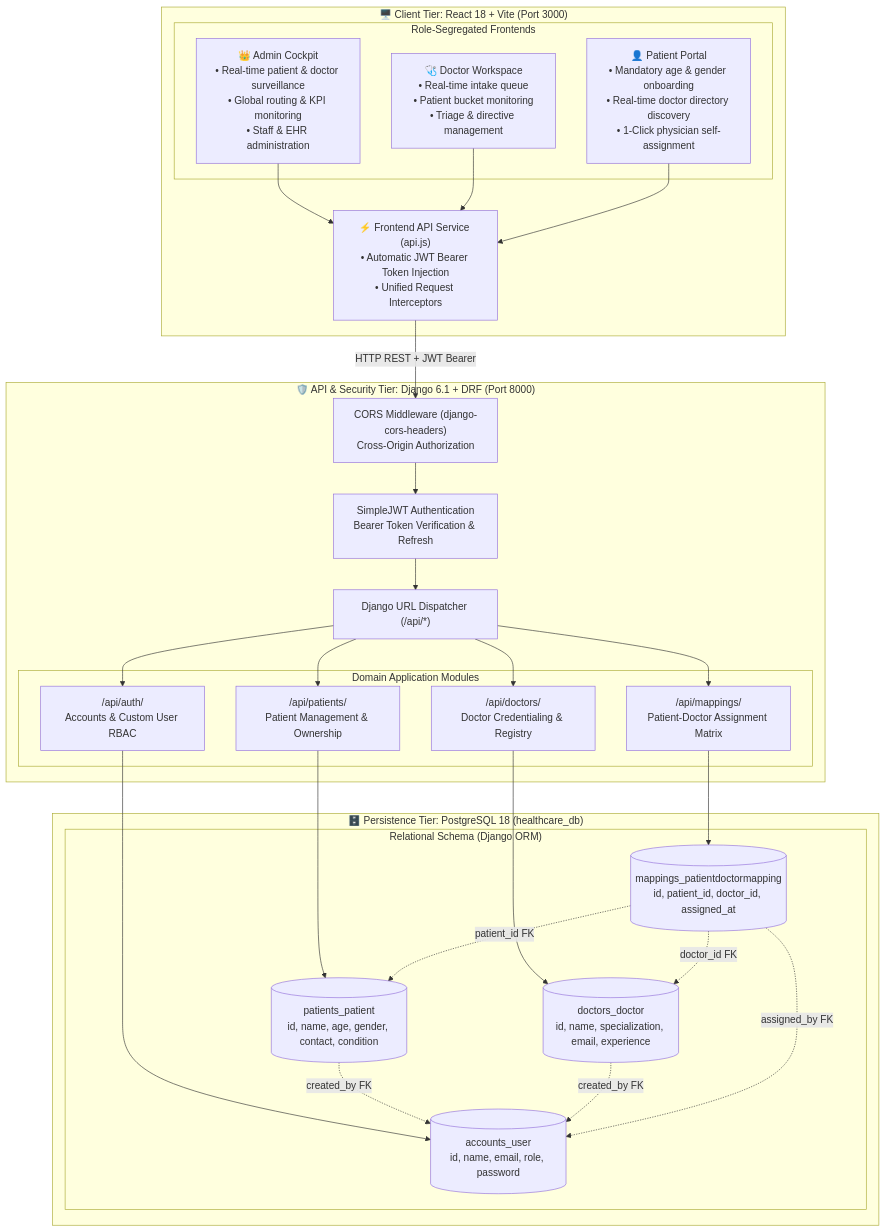
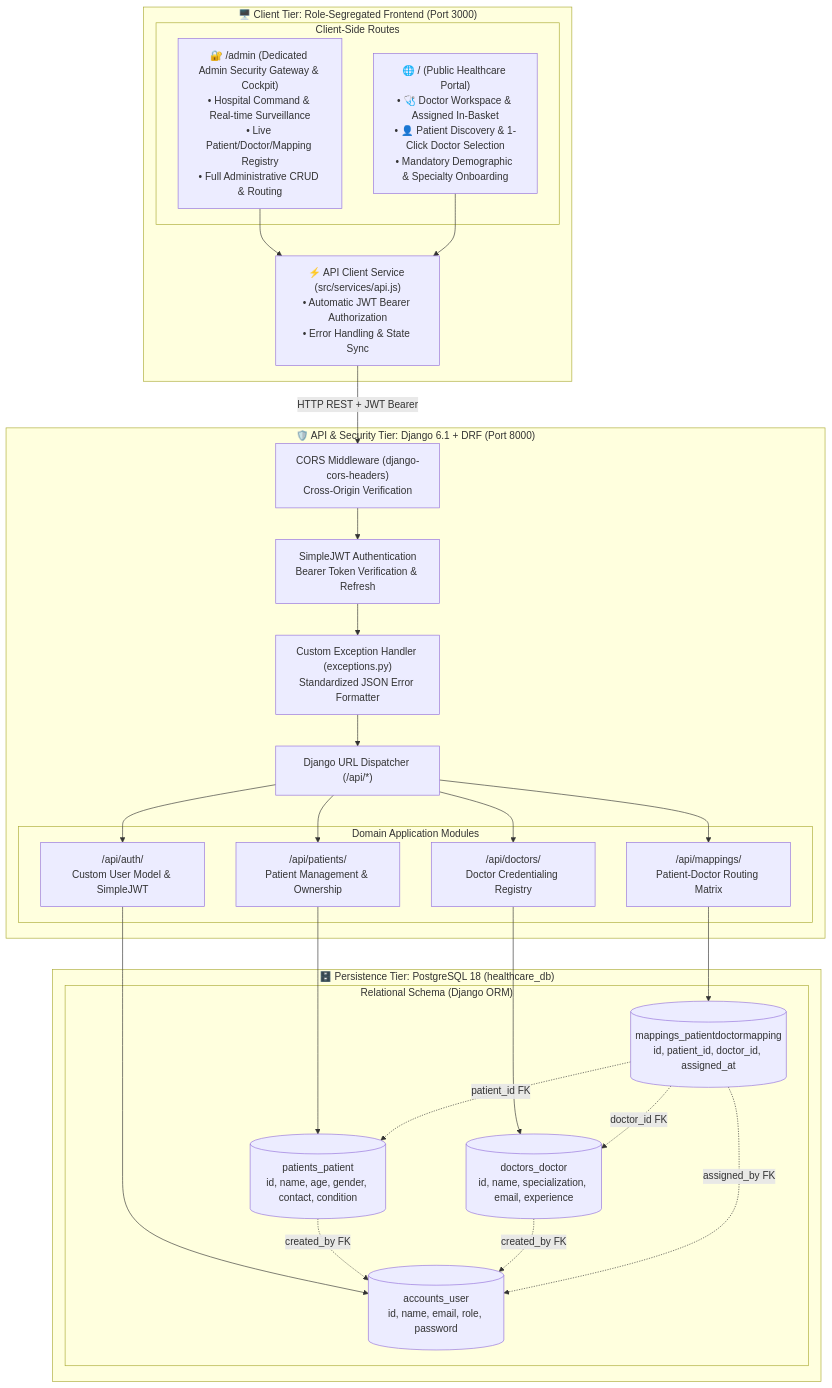
Before and after one commit to Arsh123344423/WhatsByte: the first of 2 diagrams in README.md, drawn with Mermaid. The commit also changed other lines of this file, not shown here.

Commit message:
docs: align README with official assignment specification, API requirements, and architecture diagrams

````diff
--- a/README.md
+++ b/README.md
@@ -9,55 +36,54 @@
 ```mermaid
 flowchart TD
-    subgraph ClientTier ["🖥️ Client Tier: React 18 + Vite (Port 3000)"]
-        subgraph Roles ["Role-Segregated Frontends"]
-            AdminUI["👑 Admin Cockpit<br/>• Real-time patient & doctor surveillance<br/>• Global routing & KPI monitoring<br/>• Staff & EHR administration"]
-            DoctorUI["🩺 Doctor Workspace<br/>• Real-time intake queue<br/>• Patient bucket monitoring<br/>• Triage & directive management"]
-            PatientUI["👤 Patient Portal<br/>• Mandatory age & gender onboarding<br/>• Real-time doctor directory discovery<br/>• 1-Click physician self-assignment"]
+    subgraph ClientTier ["🖥️ Client Tier: Role-Segregated Frontend (Port 3000)"]
+        subgraph Routes ["Client-Side Routes"]
+            AdminRoute["🔐 /admin (Dedicated Admin Security Gateway & Cockpit)<br/>• Hospital Command & Real-time Surveillance<br/>• Live Patient/Doctor/Mapping Registry<br/>• Full Administrative CRUD & Routing"]
+            PublicRoute["🌐 / (Public Healthcare Portal)<br/>• 🩺 Doctor Workspace & Assigned In-Basket<br/>• 👤 Patient Discovery & 1-Click Doctor Selection<br/>• Mandatory Demographic & Specialty Onboarding"]
         end
-        APIService["⚡ Frontend API Service (api.js)<br/>• Automatic JWT Bearer Token Injection<br/>• Unified Request Interceptors"]
-        AdminUI --> APIService
-        DoctorUI --> APIService
-        PatientUI --> APIService
+        APIService["⚡ API Client Service (src/services/api.js)<br/>• Automatic JWT Bearer Authorization<br/>• Error Handling & State Sync"]
+        AdminRoute --> APIService
+        PublicRoute --> APIService
     end
 
     subgraph APITier ["🛡️ API & Security Tier: Django 6.1 + DRF (Port 8000)"]
-        CORS["CORS Middleware (django-cors-headers)<br/>Cross-Origin Authorization"]
+        CORS["CORS Middleware (django-cors-headers)<br/>Cross-Origin Verification"]
         JWTAuth["SimpleJWT Authentication<br/>Bearer Token Verification & Refresh"]
+        CustomExceptions["Custom Exception Handler (exceptions.py)<br/>Standardized JSON Error Formatter"]
         Router["Django URL Dispatcher (/api/*)"]
         
-        CORS --> JWTAuth --> Router
+        CORS --> JWTAuth --> CustomExceptions --> Router
         
         subgraph Apps ["Domain Application Modules"]
-            AuthApp["/api/auth/<br/>Accounts & Custom User RBAC"]
+            AuthApp["/api/auth/<br/>Custom User Model & SimpleJWT"]
             PatientApp["/api/patients/<br/>Patient Management & Ownership"]
-            DoctorApp["/api/doctors/<br/>Doctor Credentialing & Registry"]
-            MappingApp["/api/mappings/<br/>Patient-Doctor Assignment Matrix"]
+            DoctorApp["/api/doctors/<br/>Doctor Credentialing Registry"]
+            MappingApp["/api/mappings/<br/>Patient-Doctor Routing Matrix"]
         end
         
         Router --> AuthApp
         Router --> PatientApp
         Router --> DoctorApp
         Router --> MappingApp
     end
 
     subgraph DatabaseTier ["🗄️ Persistence Tier: PostgreSQL 18 (healthcare_db)"]
         subgraph Tables ["Relational Schema (Django ORM)"]
             T_Users[("accounts_user<br/>id, name, email, role, password")]
             T_Patients[("patients_patient<br/>id, name, age, gender, contact, condition")]
             T_Doctors[("doctors_doctor<br/>id, name, specialization, email, experience")]
             T_Mappings[("mappings_patientdoctormapping<br/>id, patient_id, doctor_id, assigned_at")]
         end
         
         AuthApp --> T_Users
         PatientApp --> T_Patients
         DoctorApp --> T_Doctors
         MappingApp --> T_Mappings
     end
 
     APIService -- "HTTP REST + JWT Bearer" --> CORS
     T_Patients -. "created_by FK" .-> T_Users
     T_Doctors -. "created_by FK" .-> T_Users
     T_Mappings -. "patient_id FK" .-> T_Patients
     T_Mappings -. "doctor_id FK" .-> T_Doctors
     T_Mappings -. "assigned_by FK" .-> T_Users
 ```
````
